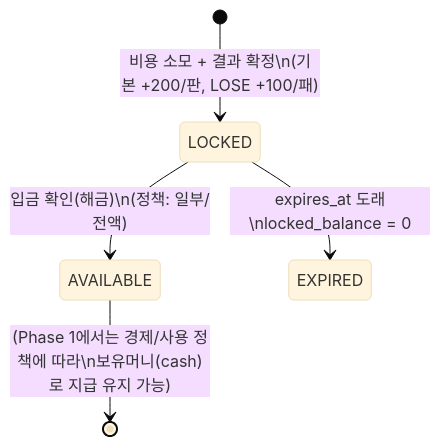
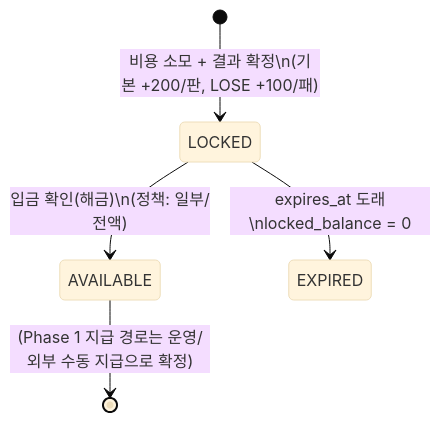
One commit to heyjinjung/ch25 changed the second of 2 diagrams in docs/05_modules/05_module_vault_master_final_trial_ticket_v2.2.md. Above: the diagram before and after it, drawn with Mermaid (base theme). The commit also changed other lines of this file and 4 other files, not shown here.

````diff
--- a/docs/05_modules/05_module_vault_master_final_trial_ticket_v2.2.md
+++ b/docs/05_modules/05_module_vault_master_final_trial_ticket_v2.2.md
@@ -206,9 +209,9 @@
 ```mermaid
 stateDiagram-v2
   [*] --> LOCKED : 비용 소모 + 결과 확정\n(기본 +200/판, LOSE +100/패)
 
   LOCKED --> AVAILABLE : 입금 확인(해금)\n(정책: 일부/전액)
   LOCKED --> EXPIRED : expires_at 도래\nlocked_balance = 0
 
-  AVAILABLE --> [*] : (Phase 1에서는 경제/사용 정책에 따라\n보유머니(cash)로 지급 유지 가능)
+  AVAILABLE --> [*] : (Phase 1 지급 경로는 운영/외부 수동 지급으로 확정)
 ```
````
